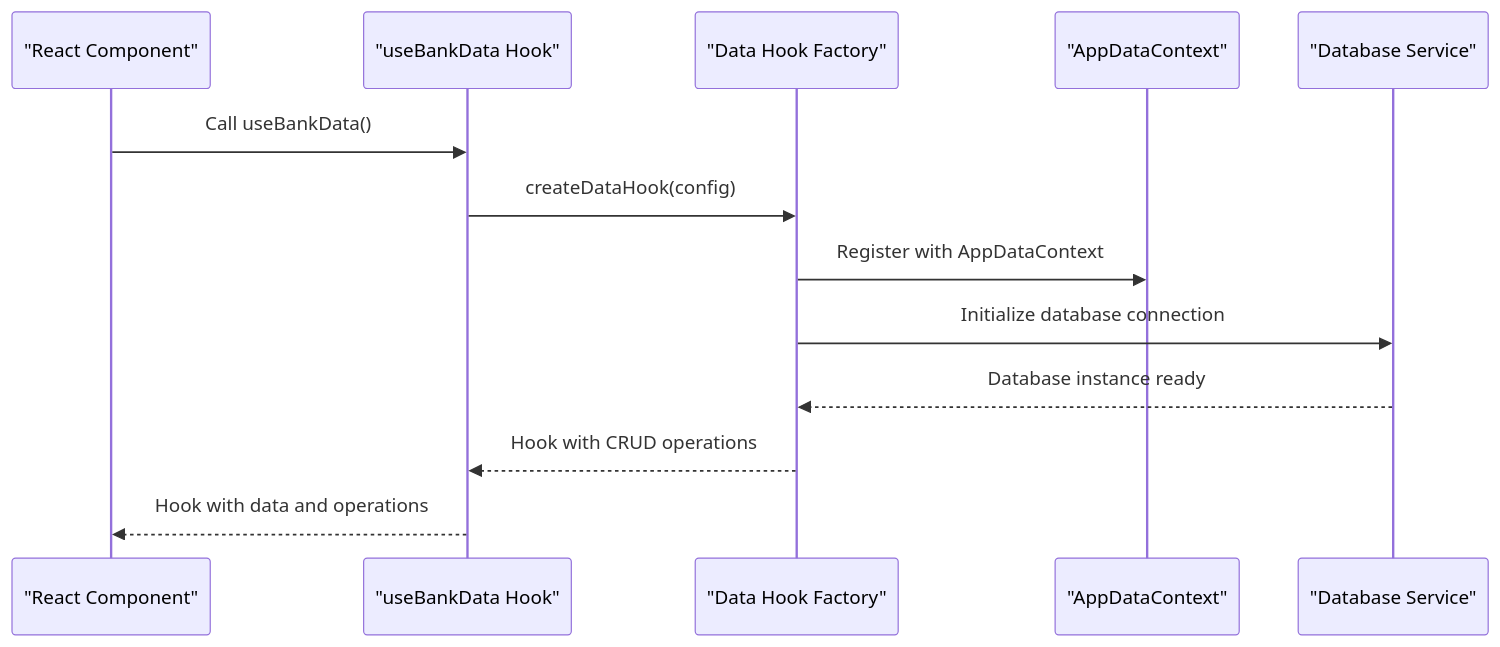
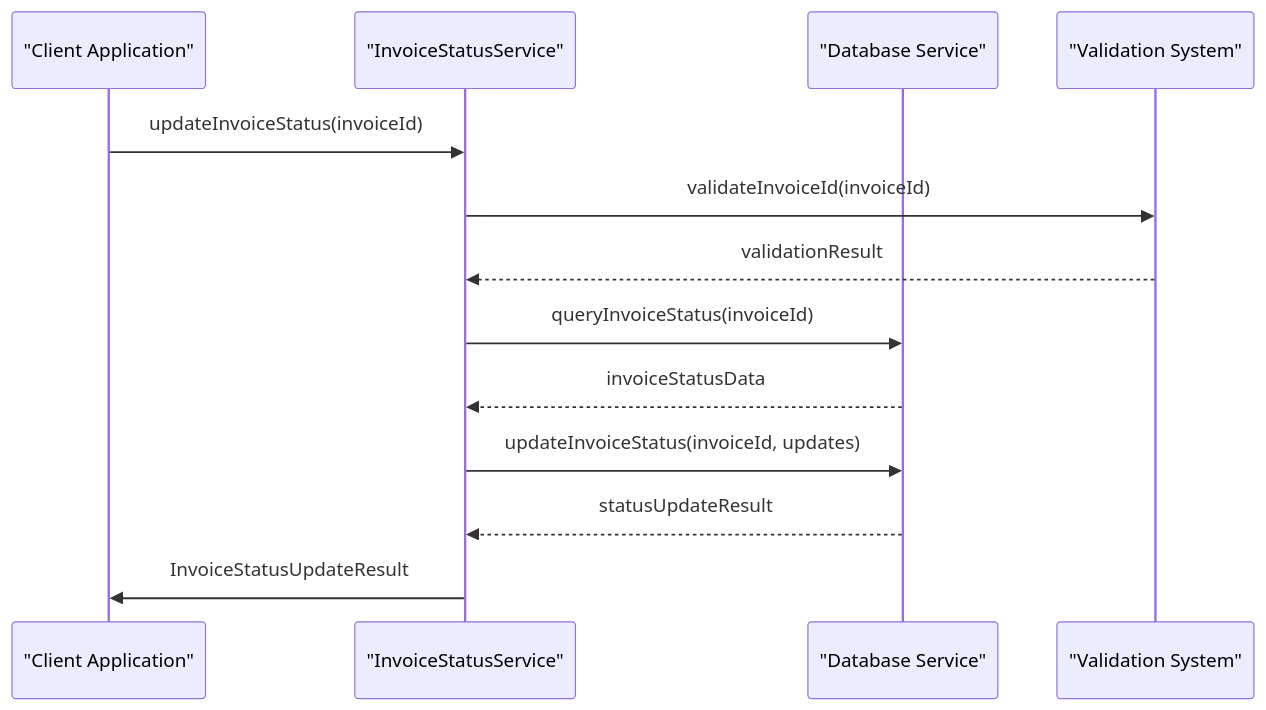
Before and after one commit to geniusdynamics/schoolpilot: the third of 12 diagrams in .qoder/repowiki/en/content/Modules System/Finance Module.md, drawn with Mermaid. The commit also changed other lines of this file and 21 other files, not shown here.

````diff
--- a/.qoder/repowiki/en/content/Modules System/Finance Module.md
+++ b/.qoder/repowiki/en/content/Modules System/Finance Module.md
@@ -200,15 +176,15 @@
 ```mermaid
 sequenceDiagram
-participant Component as "React Component"
-participant Hook as "useBankData Hook"
-participant Factory as "Data Hook Factory"
-participant Context as "AppDataContext"
+participant Client as "Client Application"
+participant ISS as "InvoiceStatusService"
 participant DB as "Database Service"
-Component->>Hook : Call useBankData()
-Hook->>Factory : createDataHook(config)
-Factory->>Context : Register with AppDataContext
-Factory->>DB : Initialize database connection
-DB-->>Factory : Database instance ready
-Factory-->>Hook : Hook with CRUD operations
-Hook-->>Component : Hook with data and operations
+participant Validator as "Validation System"
+Client->>ISS : updateInvoiceStatus(invoiceId)
+ISS->>Validator : validateInvoiceId(invoiceId)
+Validator-->>ISS : validationResult
+ISS->>DB : queryInvoiceStatus(invoiceId)
+DB-->>ISS : invoiceStatusData
+ISS->>DB : updateInvoiceStatus(invoiceId, updates)
+DB-->>ISS : statusUpdateResult
+ISS->>Client : InvoiceStatusUpdateResult
 ```
````
